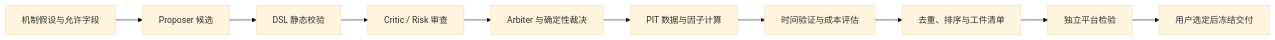
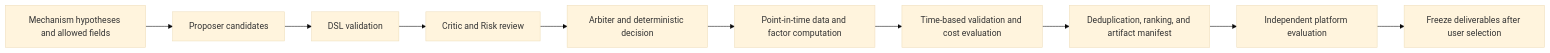
Before and after one commit to ZebinZ/llm-alpha-mining: the diagram in README.md, drawn with Mermaid (base theme). The commit also changed other lines of this file and 1 other file, not shown here.

````diff
--- a/README.md
+++ b/README.md
@@ -44,12 +48,12 @@
 ```mermaid
 flowchart LR
-    A[机制假设与允许字段] --> B[Proposer 候选]
-    B --> C[DSL 静态校验]
-    C --> D[Critic / Risk 审查]
-    D --> E[Arbiter 与确定性裁决]
-    E --> F[PIT 数据与因子计算]
-    F --> G[时间验证与成本评估]
-    G --> H[去重、排序与工件清单]
-    H --> I[独立平台检验]
-    I --> J[用户选定后冻结交付]
+    A[Mechanism hypotheses and allowed fields] --> B[Proposer candidates]
+    B --> C[DSL validation]
+    C --> D[Critic and Risk review]
+    D --> E[Arbiter and deterministic decision]
+    E --> F[Point-in-time data and factor computation]
+    F --> G[Time-based validation and cost evaluation]
+    G --> H[Deduplication, ranking, and artifact manifest]
+    H --> I[Independent platform evaluation]
+    I --> J[Freeze deliverables after user selection]
 ```
````
